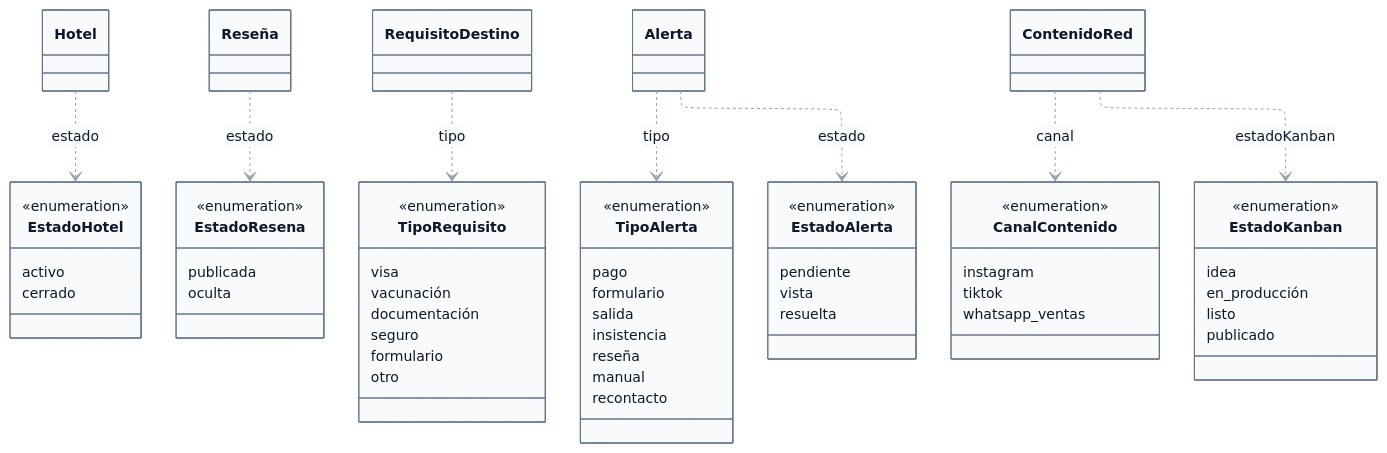
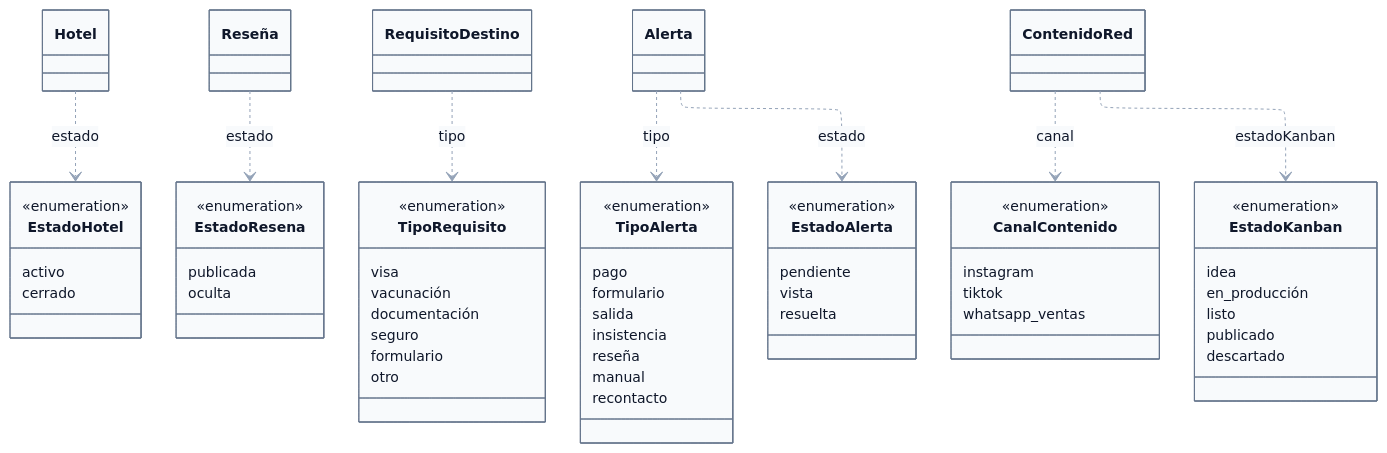
Before and after one commit to FranLuciano04/Vault-Rumbo: the fourth of 4 diagrams in 03-Dominio/Diagramas/DGM — Diagrama de clases.md, drawn with Mermaid. The commit also changed other lines of this file and 16 other files, not shown here.

First line of the commit message:
Resolver los 25 huecos de los diagramas de estado

````diff
--- a/03-Dominio/Diagramas/DGM — Diagrama de clases.md
+++ b/03-Dominio/Diagramas/DGM — Diagrama de clases.md
@@ -325,65 +327,66 @@
 ```mermaid
 %%{init: {'layout':'elk','elk':{'mergeEdges':false,'nodePlacementStrategy':'BRANDES_KOEPF'},'theme':'base','themeVariables':{'fontFamily':'Segoe UI, Arial, sans-serif','fontSize':'14px','primaryColor':'#f8fafc','primaryBorderColor':'#64748b','primaryTextColor':'#0f172a','lineColor':'#94a3b8'}}}%%
 classDiagram
     direction TB
     class Hotel
     class Resena["Reseña"]
     class RequisitoDestino
     class Alerta
     class ContenidoRed
     class EstadoHotel {
         <<enumeration>>
         activo
         cerrado
     }
     class EstadoResena {
         <<enumeration>>
         publicada
         oculta
     }
     class TipoRequisito {
         <<enumeration>>
         visa
         vacunación
         documentación
         seguro
         formulario
         otro
     }
     class TipoAlerta {
         <<enumeration>>
         pago
         formulario
         salida
         insistencia
         reseña
         manual
         recontacto
     }
     class EstadoAlerta {
         <<enumeration>>
         pendiente
         vista
         resuelta
     }
     class CanalContenido {
         <<enumeration>>
         instagram
         tiktok
         whatsapp_ventas
     }
     class EstadoKanban {
         <<enumeration>>
         idea
         en_producción
         listo
         publicado
+        descartado
     }
     Hotel ..> EstadoHotel : estado
     Resena ..> EstadoResena : estado
     RequisitoDestino ..> TipoRequisito : tipo
     Alerta ..> TipoAlerta : tipo
     Alerta ..> EstadoAlerta : estado
     ContenidoRed ..> CanalContenido : canal
     ContenidoRed ..> EstadoKanban : estadoKanban
 ```
````
